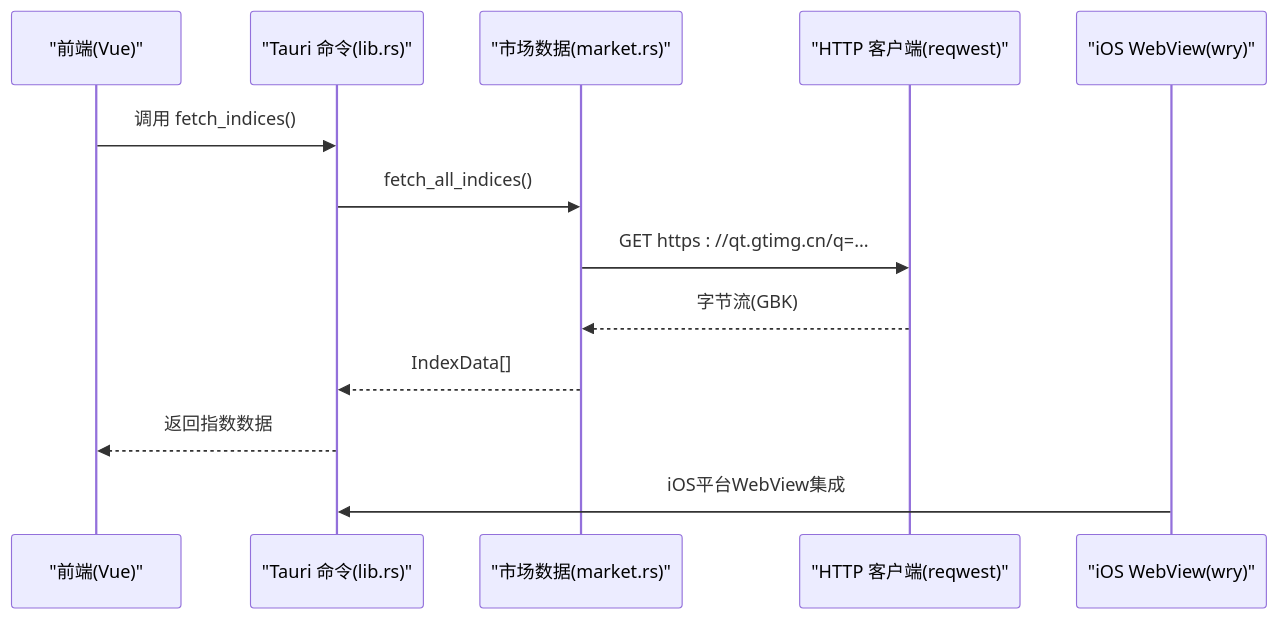
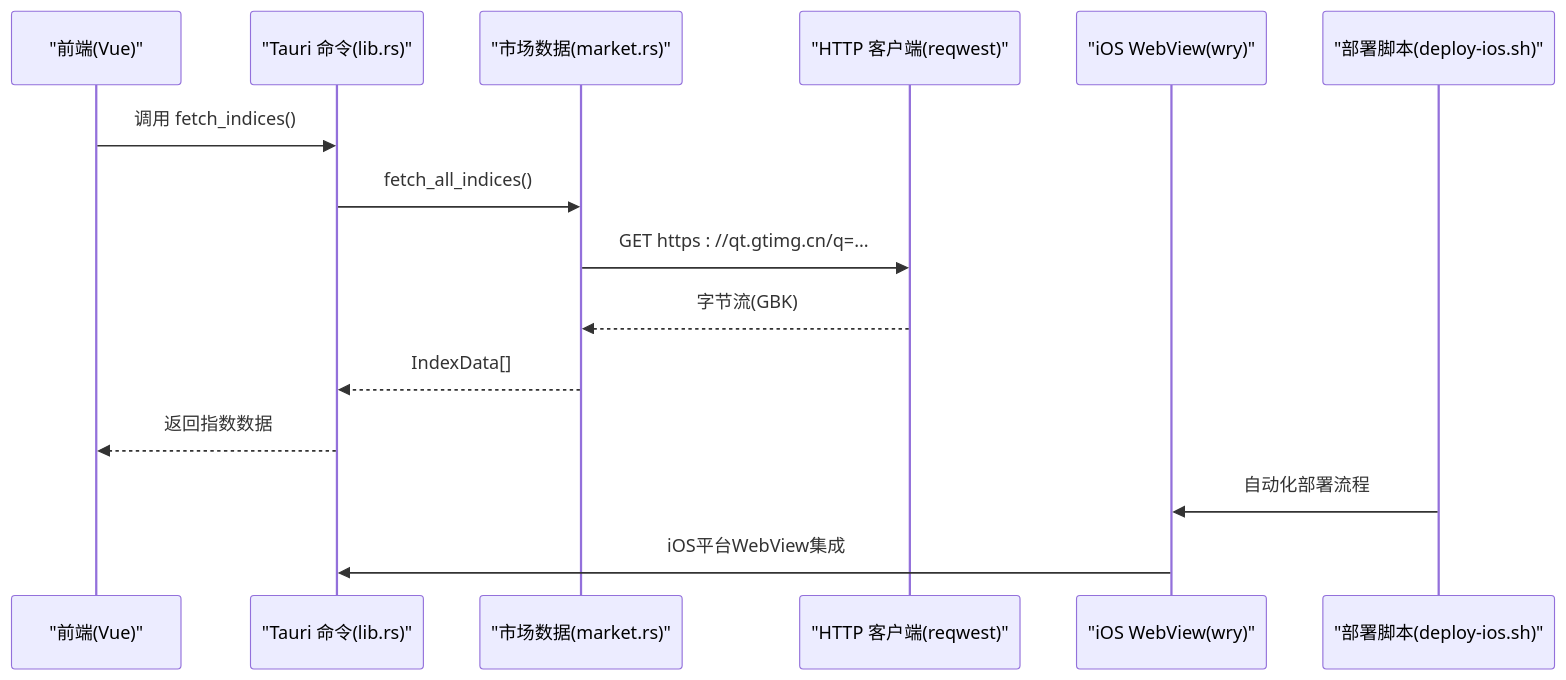
The second of 4 diagrams in .qoder/repowiki/zh/content/配置与部署.md (jiashaoying/hq-kanban-app), drawn with Mermaid before and after one commit. The commit also changed other lines of this file and 7 other files, not shown here.

````diff
--- a/.qoder/repowiki/zh/content/配置与部署.md
+++ b/.qoder/repowiki/zh/content/配置与部署.md
@@ -125,15 +133,17 @@
 ```mermaid
 sequenceDiagram
 participant FE as "前端(Vue)"
 participant API as "Tauri 命令(lib.rs)"
 participant MK as "市场数据(market.rs)"
 participant NET as "HTTP 客户端(reqwest)"
 participant IOS as "iOS WebView(wry)"
+participant DEPLOY as "部署脚本(deploy-ios.sh)"
 FE->>API : 调用 fetch_indices()
 API->>MK : fetch_all_indices()
 MK->>NET : GET https : //qt.gtimg.cn/q=...
 NET-->>MK : 字节流(GBK)
 MK-->>API : IndexData[]
 API-->>FE : 返回指数数据
+DEPLOY->>IOS : 自动化部署流程
 IOS->>API : iOS平台WebView集成
 ```
````
